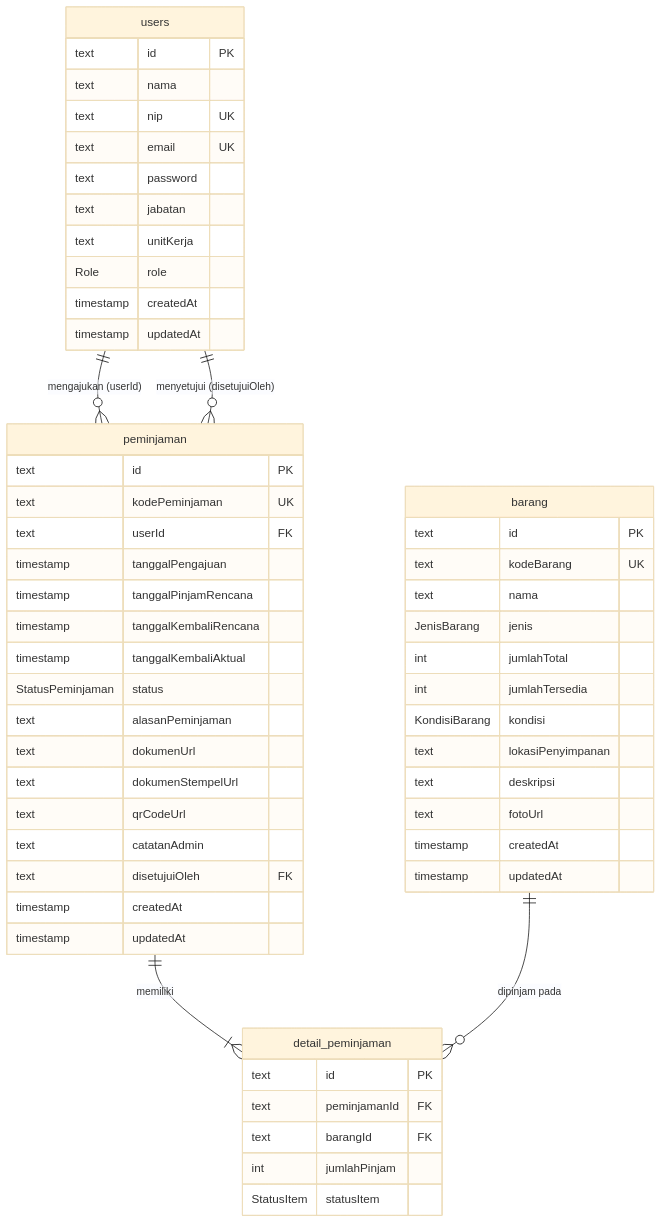
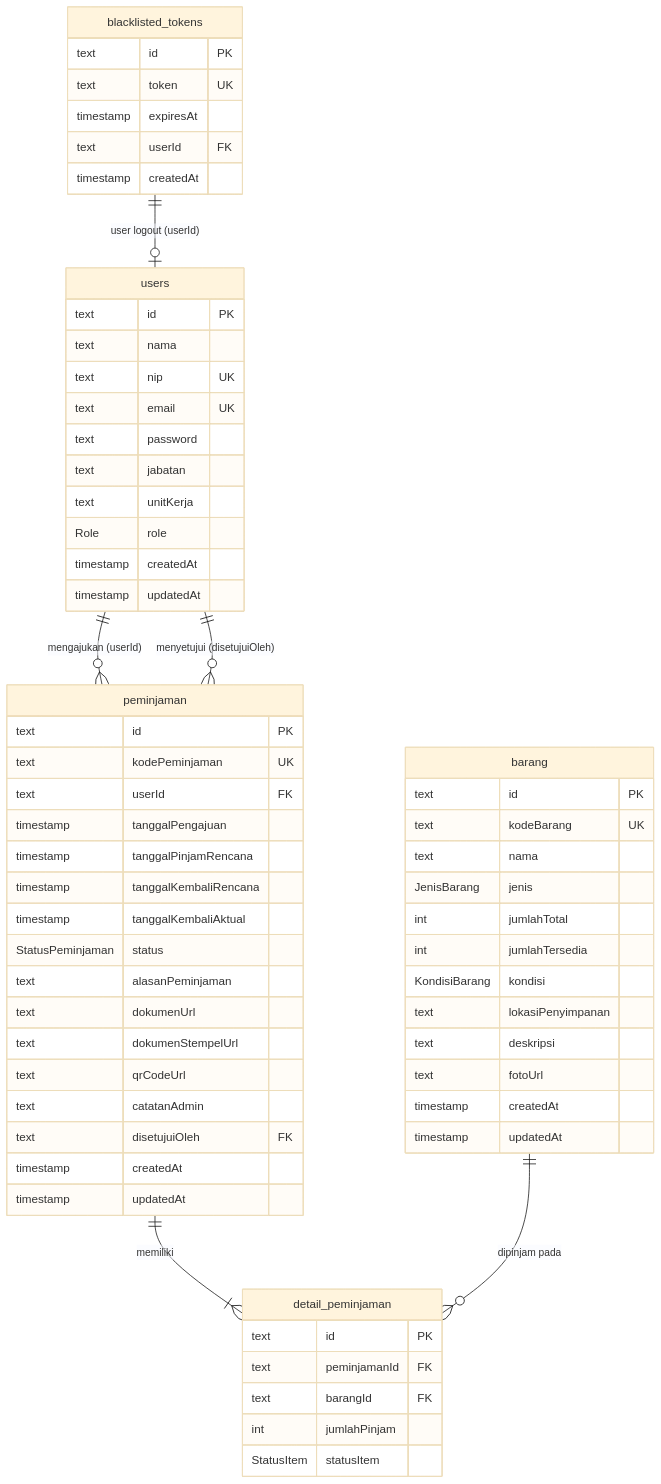
Before and after one commit to MRafli127/BMN: the diagram in backend/DATABASE.md, drawn with Mermaid (base theme). The commit also changed other lines of this file and 9 other files, not shown here.

````diff
--- a/backend/DATABASE.md
+++ b/backend/DATABASE.md
@@ -26,59 +26,67 @@
 ```mermaid
 erDiagram
+    blacklisted_tokens ||--o| users : "user logout (userId)"
     users ||--o{ peminjaman : "mengajukan (userId)"
     users ||--o{ peminjaman : "menyetujui (disetujuiOleh)"
     peminjaman ||--|{ detail_peminjaman : "memiliki"
     barang ||--o{ detail_peminjaman : "dipinjam pada"
 
+    blacklisted_tokens {
+        text id PK
+        text token UK
+        timestamp expiresAt
+        text userId FK
+        timestamp createdAt
+    }
     users {
         text id PK
         text nama
         text nip UK
         text email UK
         text password
         text jabatan
         text unitKerja
         Role role
         timestamp createdAt
         timestamp updatedAt
     }
     barang {
         text id PK
         text kodeBarang UK
         text nama
         JenisBarang jenis
         int jumlahTotal
         int jumlahTersedia
         KondisiBarang kondisi
         text lokasiPenyimpanan
         text deskripsi
         text fotoUrl
         timestamp createdAt
         timestamp updatedAt
     }
     peminjaman {
         text id PK
         text kodePeminjaman UK
         text userId FK
         timestamp tanggalPengajuan
         timestamp tanggalPinjamRencana
         timestamp tanggalKembaliRencana
         timestamp tanggalKembaliAktual
         StatusPeminjaman status
         text alasanPeminjaman
         text dokumenUrl
         text dokumenStempelUrl
         text qrCodeUrl
         text catatanAdmin
         text disetujuiOleh FK
         timestamp createdAt
         timestamp updatedAt
     }
     detail_peminjaman {
         text id PK
         text peminjamanId FK
         text barangId FK
         int jumlahPinjam
         StatusItem statusItem
     }
 ```
````
